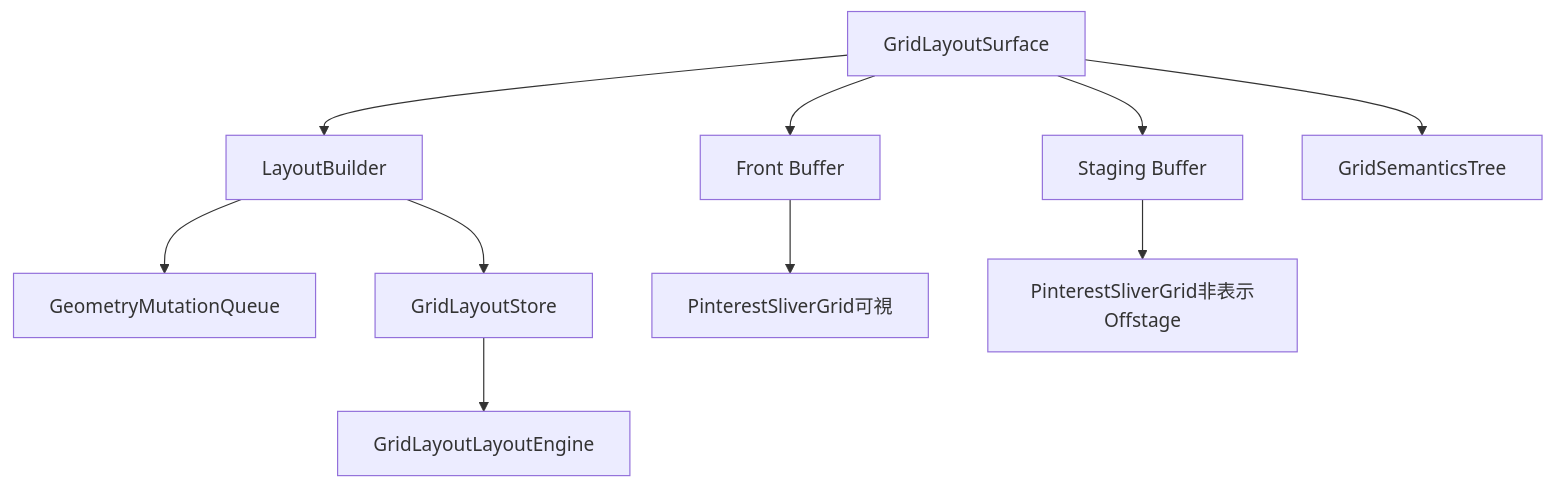
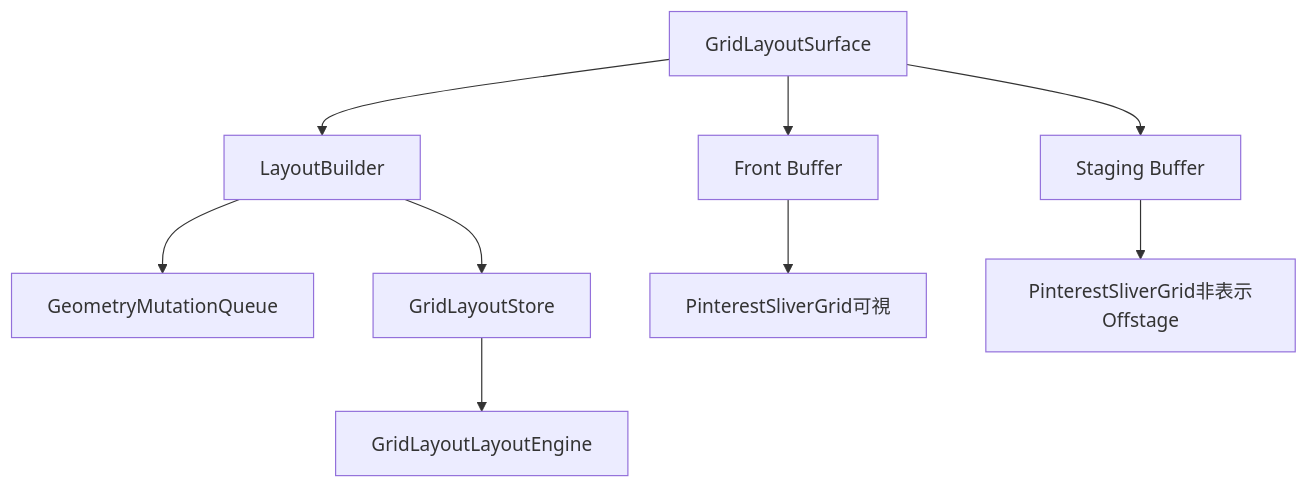
One commit to lietsee/clip-pix changed the second of 4 diagrams in docs/system/grid_layout_surface.md. Above: the diagram before and after it, drawn with Mermaid. The commit also changed other lines of this file and 14 other files, not shown here.

````diff
--- a/docs/system/grid_layout_surface.md
+++ b/docs/system/grid_layout_surface.md
@@ -50,12 +49,11 @@
 ```mermaid
 graph TB
     A[GridLayoutSurface] --> B[LayoutBuilder]
     B --> C[GeometryMutationQueue]
     B --> D[GridLayoutStore]
     D --> E[GridLayoutLayoutEngine]
     A --> F[Front Buffer]
     A --> G[Staging Buffer]
     F --> H[PinterestSliverGrid可視]
     G --> I[PinterestSliverGrid非表示Offstage]
-    A --> J[GridSemanticsTree]
 ```
````
